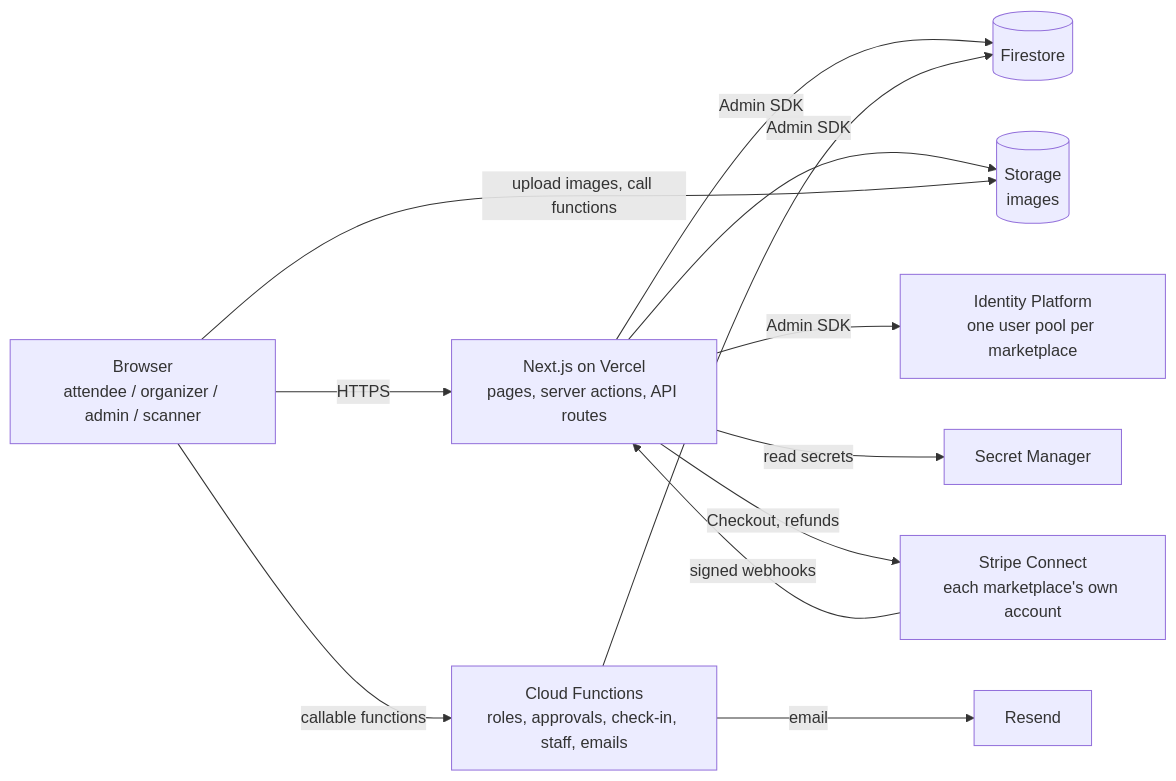
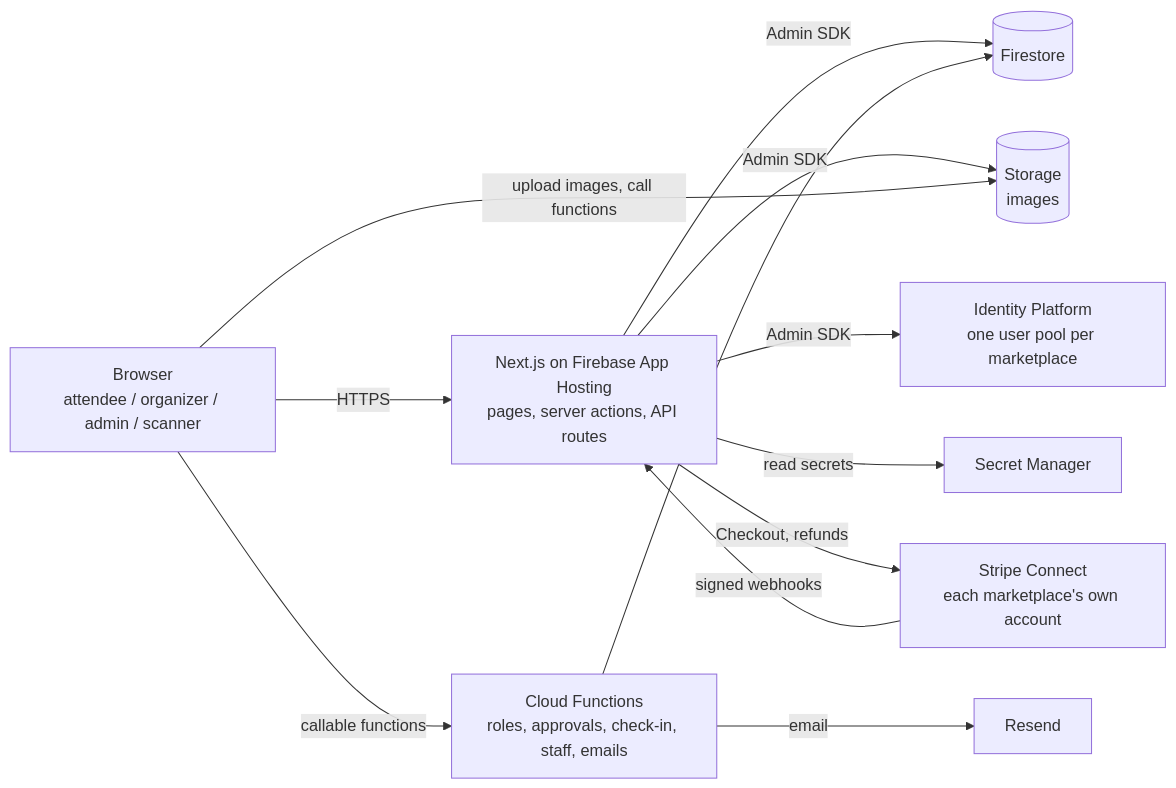
One commit to rakibahmeddev/event-marketplace-sass changed the first of 2 diagrams in README.md. Above: the diagram before and after it, drawn with Mermaid. The commit also changed other lines of this file and 4 other files, not shown here.

Commit message:
docs: deployment with App Hosting and setup:prod

````diff
--- a/README.md
+++ b/README.md
@@ -143,14 +143,14 @@
 ```mermaid
 flowchart LR
-  B[Browser<br/>attendee / organizer / admin / scanner] -->|HTTPS| V[Next.js on Vercel<br/>pages, server actions, API routes]
+  B[Browser<br/>attendee / organizer / admin / scanner] -->|HTTPS| V[Next.js on Firebase App Hosting<br/>pages, server actions, API routes]
   V -->|Admin SDK| FS[(Firestore)]
   V -->|Admin SDK| ST[(Storage<br/>images)]
   V -->|Admin SDK| IP[Identity Platform<br/>one user pool per marketplace]
   V -->|read secrets| SM[Secret Manager]
   B -->|upload images, call functions| ST
   B -->|callable functions| CF[Cloud Functions<br/>roles, approvals, check-in, staff, emails]
   CF --> FS
   CF -->|email| RS[Resend]
   V -->|Checkout, refunds| SP[Stripe Connect<br/>each marketplace's own account]
   SP -->|signed webhooks| V
 ```
````
